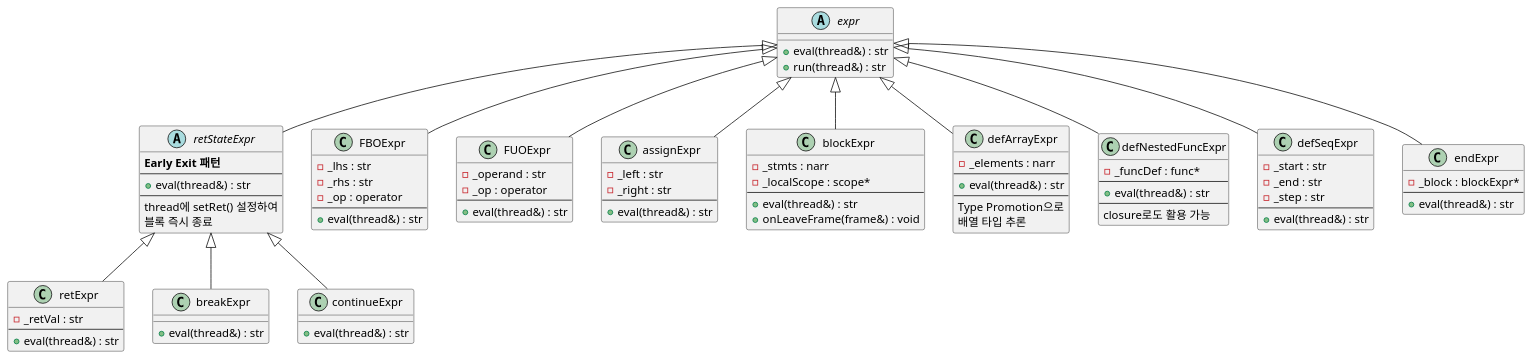
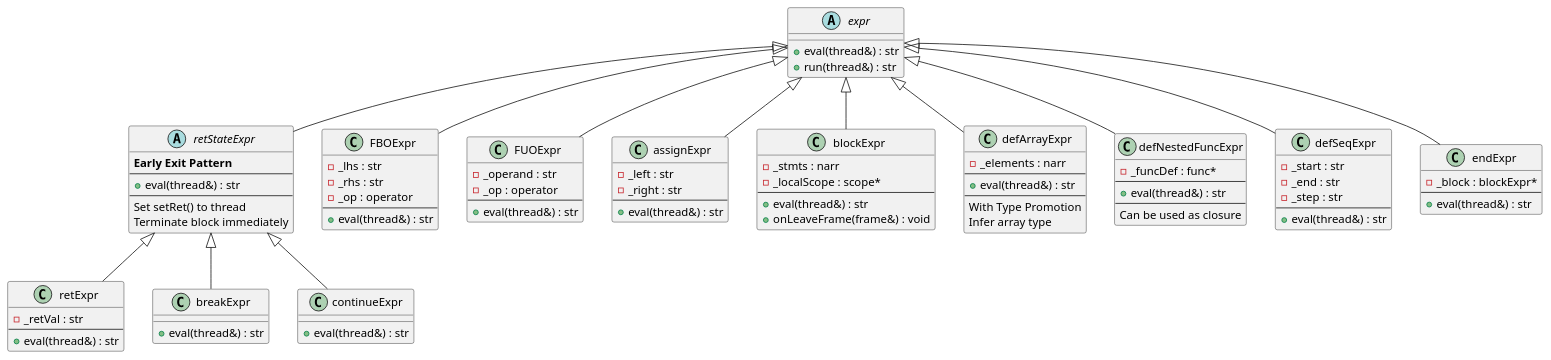
The fifth of 19 diagrams in doc/ref/ko/ai-architecture-core.md (byeolang/byeol), drawn with PlantUML before and after one commit. The commit also changed other lines of this file, not shown here.

Commit message:
doc(core): translate english in plantuml to korean

```diff
--- a/doc/ref/ko/ai-architecture-core.md
+++ b/doc/ref/ko/ai-architecture-core.md
@@ -1254,12 +1254,12 @@
 }
 
 abstract class "retStateExpr" as retStateExpr {
-    <b>Early Exit 패턴</b>
+    <b>Early Exit Pattern</b>
     ---
     + eval(thread&) : str
     ---
-    thread에 setRet() 설정하여
-    블록 즉시 종료
+    Set setRet() to thread
+    Terminate block immediately
 }
 
 class "FBOExpr" as FBOExpr {
@@ -1297,8 +1297,8 @@
     ---
     + eval(thread&) : str
     ---
-    Type Promotion으로
-    배열 타입 추론
+    With Type Promotion
+    Infer array type
 }
 
 class "defNestedFuncExpr" as defNestedFuncExpr {
@@ -1306,7 +1306,7 @@
     ---
     + eval(thread&) : str
     ---
-    closure로도 활용 가능
+    Can be used as closure
 }
 
 class "defSeqExpr" as defSeqExpr {
```
